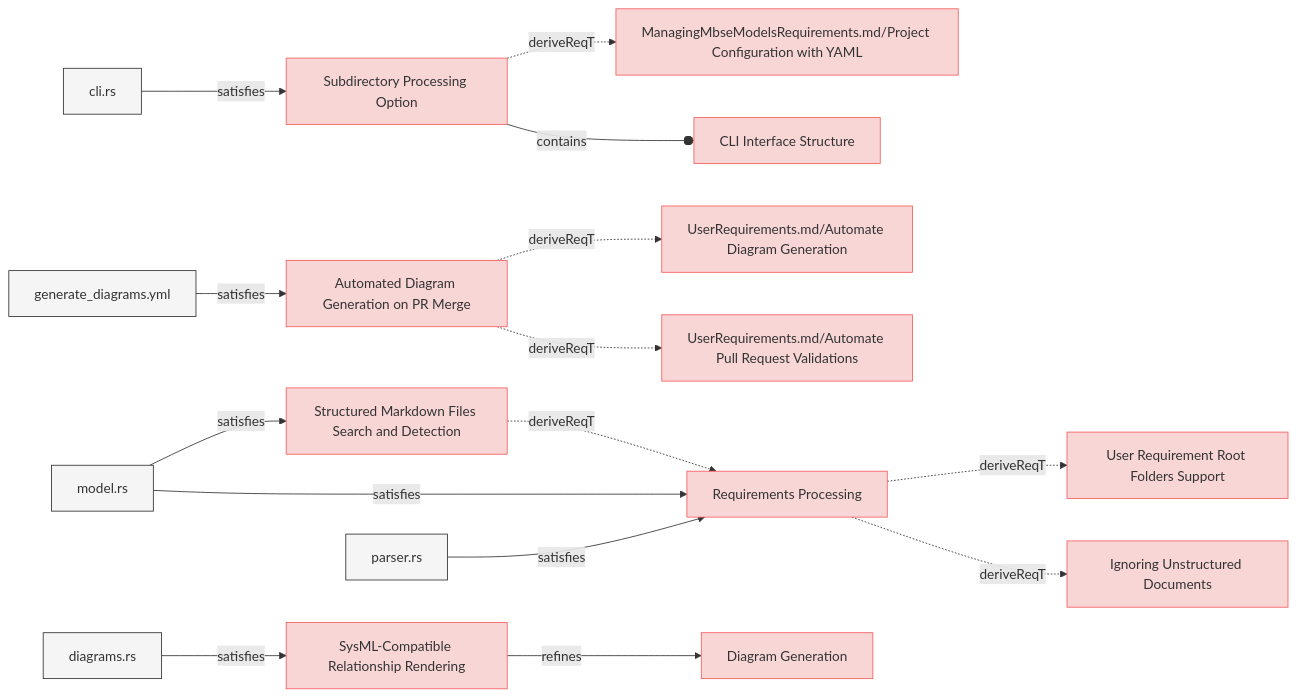
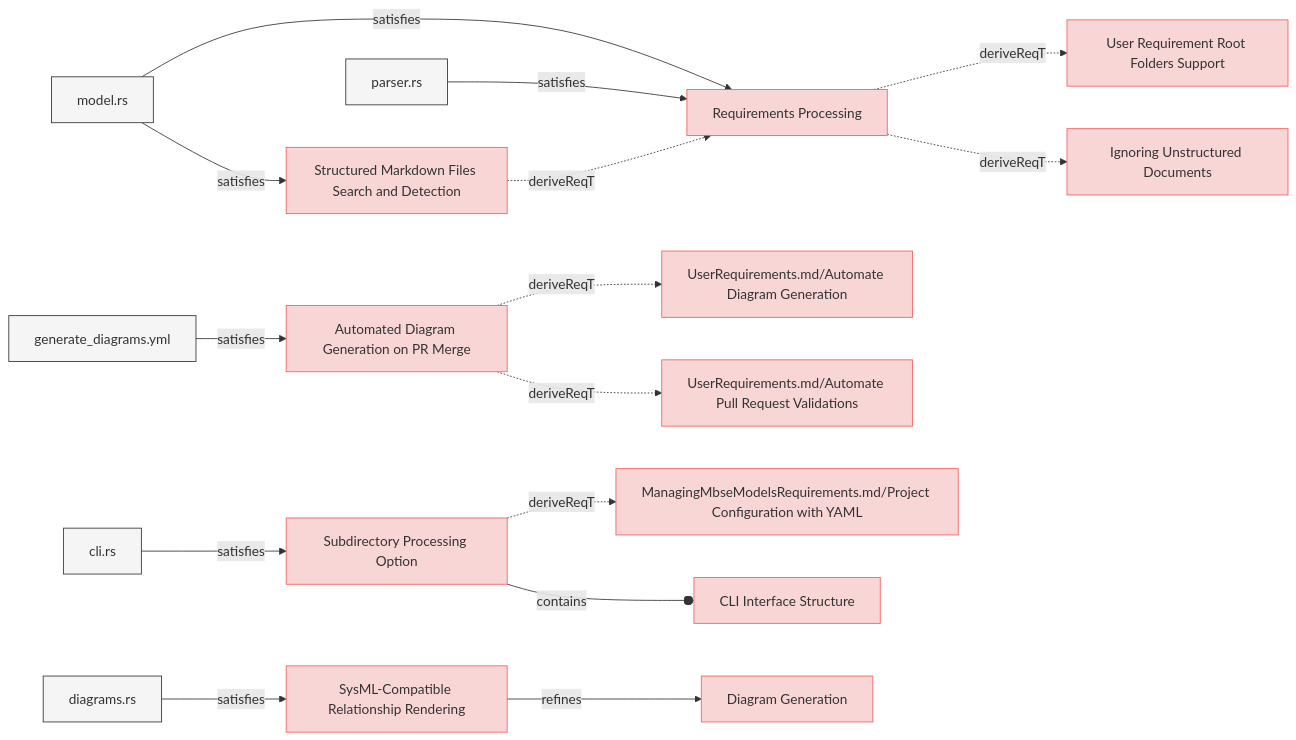
Before and after one commit to reqvire-org/reqvire: the fourth of 8 diagrams in specifications/SystemRequirements/Requirements.md, drawn with Mermaid. The commit also changed other lines of this file and 14 other files, not shown here.

````diff
--- a/specifications/SystemRequirements/Requirements.md
+++ b/specifications/SystemRequirements/Requirements.md
@@ -462,77 +462,77 @@
 ```mermaid
 graph LR;
   %% Graph styling
   classDef requirement fill:#f9d6d6,stroke:#f55f5f,stroke-width:1px;
   classDef verification fill:#d6f9d6,stroke:#5fd75f,stroke-width:1px;
   classDef externalLink fill:#d0e0ff,stroke:#3080ff,stroke-width:1px;
   classDef default fill:#f5f5f5,stroke:#333333,stroke-width:1px;
 
-  7bdf935ec6d8effe["Subdirectory Processing Option"];
-  class 7bdf935ec6d8effe requirement;
-  click 7bdf935ec6d8effe "Requirements.md#subdirectory-processing-option";
-  16b4b380c917deb1["ManagingMbseModelsRequirements.md/Project Configuration with YAML"];
-  class 16b4b380c917deb1 requirement;
-  click 16b4b380c917deb1 "../ManagingMbseModelsRequirements.md#project-configuration-with-yaml";
-  7bdf935ec6d8effe -.->|deriveReqT| 16b4b380c917deb1;
-  80defdd4cbc7ee18["cli.rs"];
-  class 80defdd4cbc7ee18 default;
-  click 80defdd4cbc7ee18 "../../cli/src/cli.rs";
-  80defdd4cbc7ee18 -->|satisfies| 7bdf935ec6d8effe;
-  8f22faacdb454b23["CLI Interface Structure"];
-  class 8f22faacdb454b23 requirement;
-  click 8f22faacdb454b23 "Requirements.md#cli-interface-structure";
-  7bdf935ec6d8effe --o|contains| 8f22faacdb454b23;
-  3e3df7ad427a88fa["Automated Diagram Generation on PR Merge"];
-  class 3e3df7ad427a88fa requirement;
-  click 3e3df7ad427a88fa "Requirements.md#automated-diagram-generation-on-pr-merge";
-  98a581084d5542fa["UserRequirements.md/Automate Diagram Generation"];
-  class 98a581084d5542fa requirement;
-  click 98a581084d5542fa "../UserRequirements.md#automate-diagram-generation";
-  3e3df7ad427a88fa -.->|deriveReqT| 98a581084d5542fa;
-  15f2f511b2399406["UserRequirements.md/Automate Pull Request Validations"];
-  class 15f2f511b2399406 requirement;
-  click 15f2f511b2399406 "../UserRequirements.md#automate-pull-request-validations";
-  3e3df7ad427a88fa -.->|deriveReqT| 15f2f511b2399406;
-  98af8a1cf9c86822["generate_diagrams.yml"];
-  class 98af8a1cf9c86822 default;
-  click 98af8a1cf9c86822 "../../.github/workflows/generate_diagrams.yml";
-  98af8a1cf9c86822 -->|satisfies| 3e3df7ad427a88fa;
-  66582f9b6bdde6c4["Structured Markdown Files Search and Detection"];
-  class 66582f9b6bdde6c4 requirement;
-  click 66582f9b6bdde6c4 "Requirements.md#structured-markdown-files-search-and-detection";
   bed8d0948b3e5ccd["Requirements Processing"];
   class bed8d0948b3e5ccd requirement;
   click bed8d0948b3e5ccd "Requirements.md#requirements-processing";
-  66582f9b6bdde6c4 -.->|deriveReqT| bed8d0948b3e5ccd;
-  d50a859650933e55["model.rs"];
-  class d50a859650933e55 default;
-  click d50a859650933e55 "../../core/src/model.rs";
-  d50a859650933e55 -->|satisfies| 66582f9b6bdde6c4;
-  379a8586548b9ac7["SysML-Compatible Relationship Rendering"];
-  class 379a8586548b9ac7 requirement;
-  click 379a8586548b9ac7 "Requirements.md#sysml-compatible-relationship-rendering";
-  e9aee7d9477f4abe["Diagram Generation"];
-  class e9aee7d9477f4abe requirement;
-  click e9aee7d9477f4abe "Requirements.md#diagram-generation";
-  379a8586548b9ac7 -->|refines| e9aee7d9477f4abe;
-  dad7eeb932afdb92["diagrams.rs"];
-  class dad7eeb932afdb92 default;
-  click dad7eeb932afdb92 "../../core/src/diagrams.rs";
-  dad7eeb932afdb92 -->|satisfies| 379a8586548b9ac7;
   a9d6e2569d5acd60["User Requirement Root Folders Support"];
   class a9d6e2569d5acd60 requirement;
   click a9d6e2569d5acd60 "Requirements.md#user-requirement-root-folders-support";
   bed8d0948b3e5ccd -.->|deriveReqT| a9d6e2569d5acd60;
   be83c2991e9535c7["Ignoring Unstructured Documents"];
   class be83c2991e9535c7 requirement;
   click be83c2991e9535c7 "Requirements.md#ignoring-unstructured-documents";
   bed8d0948b3e5ccd -.->|deriveReqT| be83c2991e9535c7;
   d50a859650933e55["model.rs"];
   class d50a859650933e55 default;
   click d50a859650933e55 "../../core/src/model.rs";
   d50a859650933e55 -->|satisfies| bed8d0948b3e5ccd;
   f22d93285fcd7664["parser.rs"];
   class f22d93285fcd7664 default;
   click f22d93285fcd7664 "../../core/src/parser.rs";
   f22d93285fcd7664 -->|satisfies| bed8d0948b3e5ccd;
+  3e3df7ad427a88fa["Automated Diagram Generation on PR Merge"];
+  class 3e3df7ad427a88fa requirement;
+  click 3e3df7ad427a88fa "Requirements.md#automated-diagram-generation-on-pr-merge";
+  98a581084d5542fa["UserRequirements.md/Automate Diagram Generation"];
+  class 98a581084d5542fa requirement;
+  click 98a581084d5542fa "../UserRequirements.md#automate-diagram-generation";
+  3e3df7ad427a88fa -.->|deriveReqT| 98a581084d5542fa;
+  15f2f511b2399406["UserRequirements.md/Automate Pull Request Validations"];
+  class 15f2f511b2399406 requirement;
+  click 15f2f511b2399406 "../UserRequirements.md#automate-pull-request-validations";
+  3e3df7ad427a88fa -.->|deriveReqT| 15f2f511b2399406;
+  98af8a1cf9c86822["generate_diagrams.yml"];
+  class 98af8a1cf9c86822 default;
+  click 98af8a1cf9c86822 "../../.github/workflows/generate_diagrams.yml";
+  98af8a1cf9c86822 -->|satisfies| 3e3df7ad427a88fa;
+  7bdf935ec6d8effe["Subdirectory Processing Option"];
+  class 7bdf935ec6d8effe requirement;
+  click 7bdf935ec6d8effe "Requirements.md#subdirectory-processing-option";
+  16b4b380c917deb1["ManagingMbseModelsRequirements.md/Project Configuration with YAML"];
+  class 16b4b380c917deb1 requirement;
+  click 16b4b380c917deb1 "../ManagingMbseModelsRequirements.md#project-configuration-with-yaml";
+  7bdf935ec6d8effe -.->|deriveReqT| 16b4b380c917deb1;
+  80defdd4cbc7ee18["cli.rs"];
+  class 80defdd4cbc7ee18 default;
+  click 80defdd4cbc7ee18 "../../cli/src/cli.rs";
+  80defdd4cbc7ee18 -->|satisfies| 7bdf935ec6d8effe;
+  8f22faacdb454b23["CLI Interface Structure"];
+  class 8f22faacdb454b23 requirement;
+  click 8f22faacdb454b23 "Requirements.md#cli-interface-structure";
+  7bdf935ec6d8effe --o|contains| 8f22faacdb454b23;
+  379a8586548b9ac7["SysML-Compatible Relationship Rendering"];
+  class 379a8586548b9ac7 requirement;
+  click 379a8586548b9ac7 "Requirements.md#sysml-compatible-relationship-rendering";
+  e9aee7d9477f4abe["Diagram Generation"];
+  class e9aee7d9477f4abe requirement;
+  click e9aee7d9477f4abe "Requirements.md#diagram-generation";
+  379a8586548b9ac7 -->|refines| e9aee7d9477f4abe;
+  dad7eeb932afdb92["diagrams.rs"];
+  class dad7eeb932afdb92 default;
+  click dad7eeb932afdb92 "../../core/src/diagrams.rs";
+  dad7eeb932afdb92 -->|satisfies| 379a8586548b9ac7;
+  66582f9b6bdde6c4["Structured Markdown Files Search and Detection"];
+  class 66582f9b6bdde6c4 requirement;
+  click 66582f9b6bdde6c4 "Requirements.md#structured-markdown-files-search-and-detection";
+  66582f9b6bdde6c4 -.->|deriveReqT| bed8d0948b3e5ccd;
+  d50a859650933e55["model.rs"];
+  class d50a859650933e55 default;
+  click d50a859650933e55 "../../core/src/model.rs";
+  d50a859650933e55 -->|satisfies| 66582f9b6bdde6c4;
 ```
````
